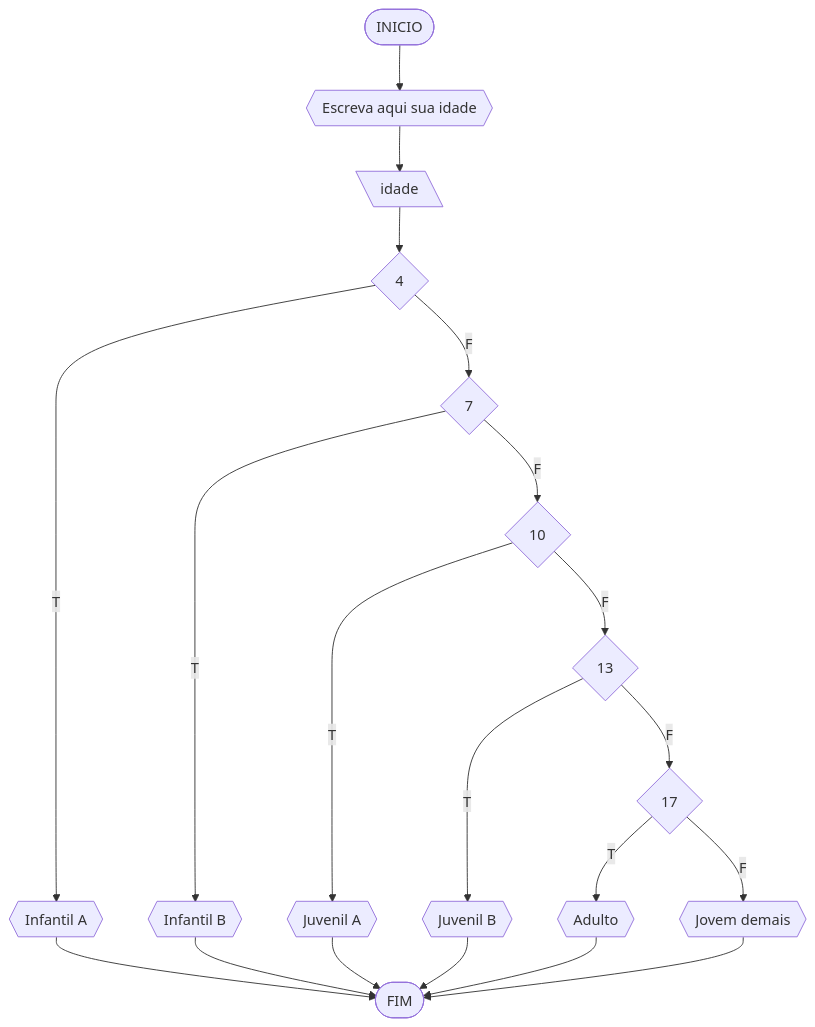
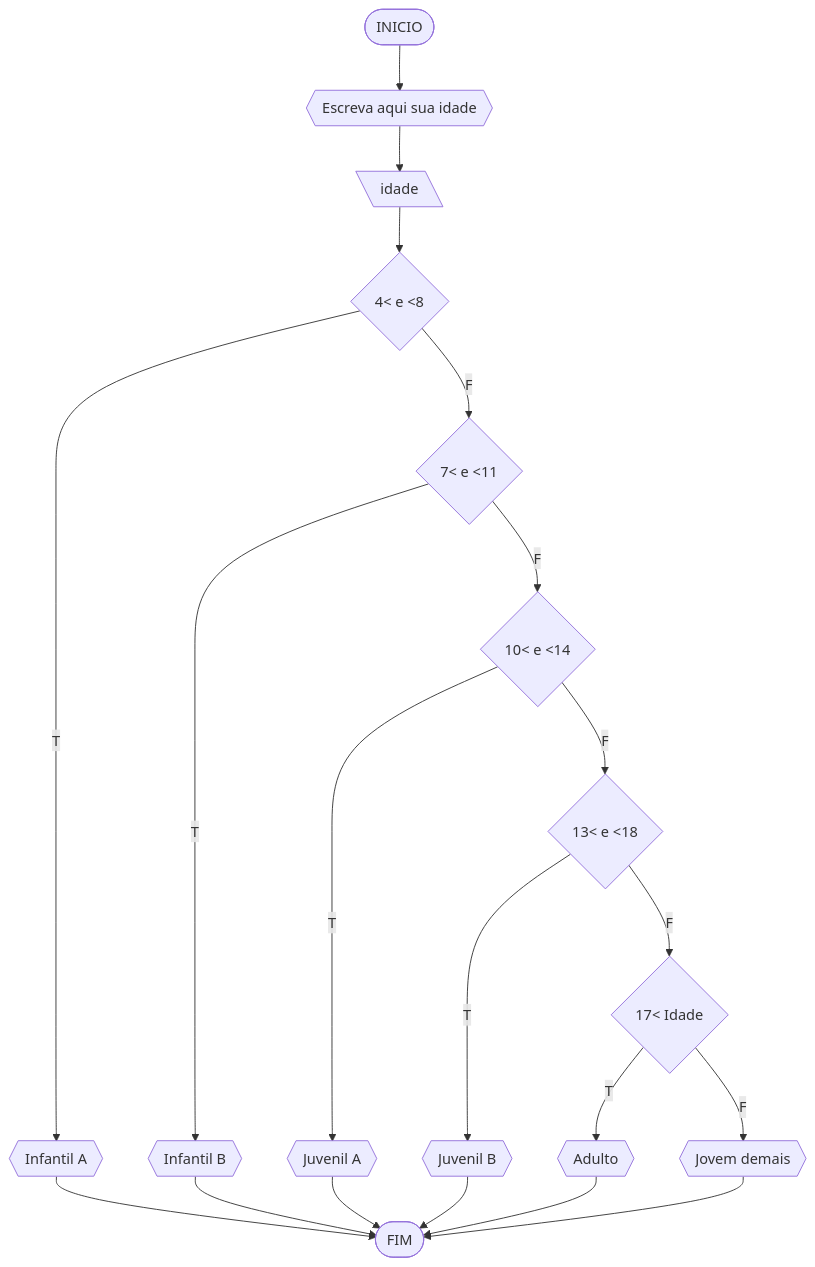
Before and after one commit to MozillaFirefox/UNIFOR: the ninth of 22 diagrams in codigos.md, drawn with Mermaid.

````diff
--- a/codigos.md
+++ b/codigos.md
@@ -399,23 +399,23 @@
 ```mermaid
 flowchart TD
 A([INICIO]) --> B{{"Escreva aqui sua idade"}}
 B-->C[\idade\]
-C-->D{4<idade<8}
+C-->D{4< e <8}
 D--T-->E{{Infantil A}}
-D--F-->F{7<idade<11}
+D--F-->F{7< e <11}
 F--T-->G{{Infantil B}}
-F--F-->H{10<idade<14}
+F--F-->H{10< e <14}
 H--T-->I{{Juvenil A}}
-H--F-->J{13<idade<18}
+H--F-->J{13< e <18}
 J--T-->K{{Juvenil B}}
-J--F-->L{17<idade}
+J--F-->L{17< Idade}
 L--T-->M{{Adulto}}
 L--F-->N{{Jovem demais}}
 N-->O([FIM])
 E-->O
 G-->O
 I-->O
 K-->O
 M-->O
 
 ```
````
